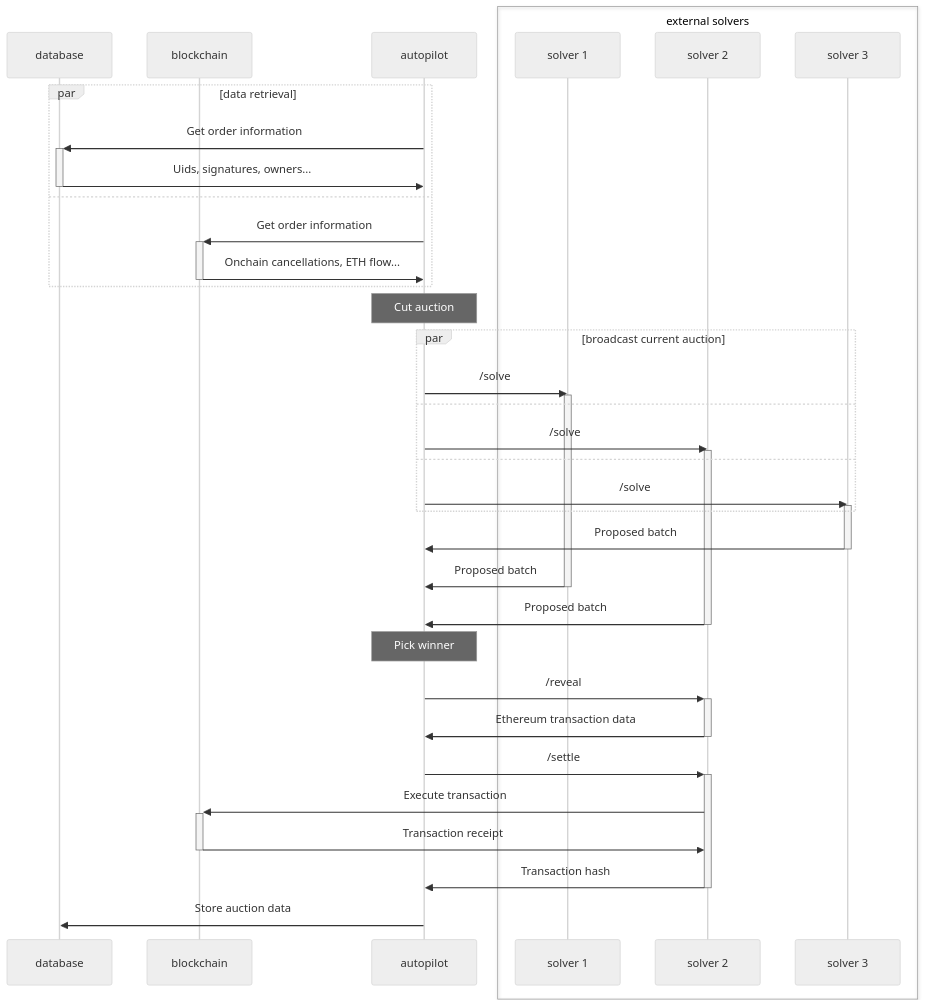
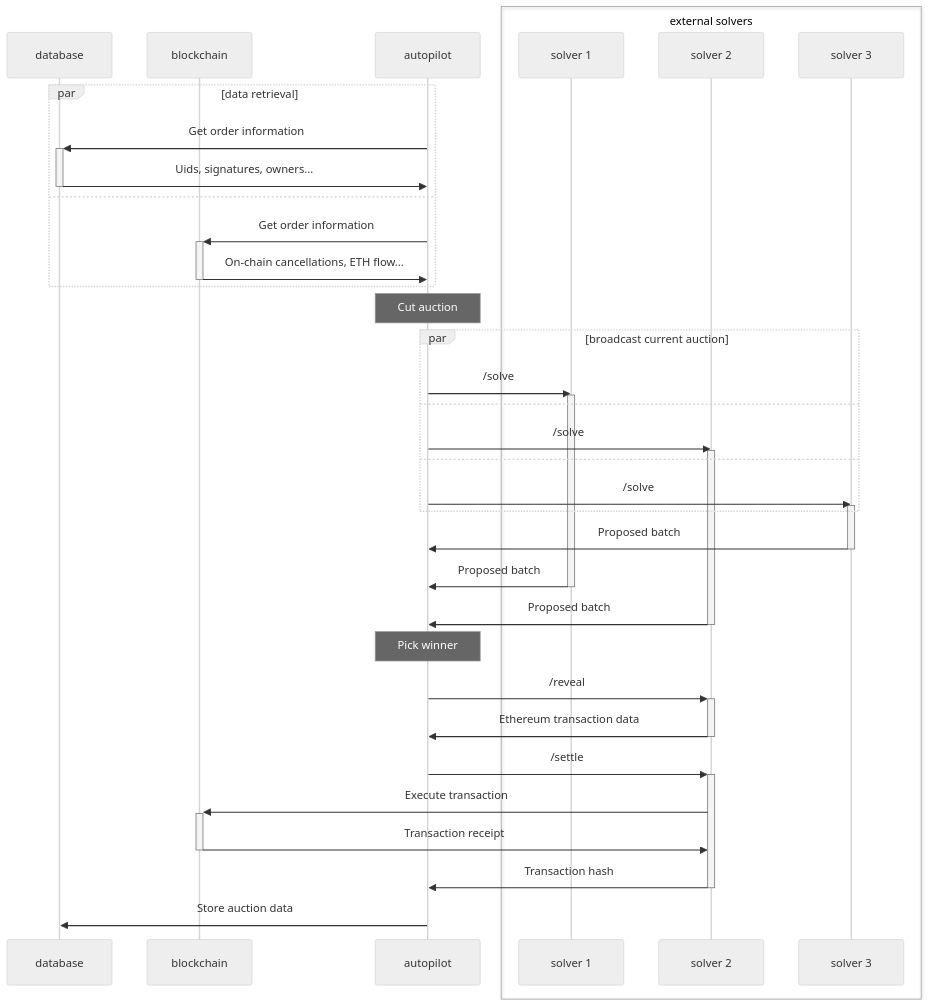
Before and after one commit to cowprotocol/docs: the diagram in docs/cow-protocol/tutorials/arbitrate/autopilot.md, drawn with Mermaid (neutral theme). The commit also changed other lines of this file and 2 other files, not shown here.

Commit message:
chore: off-chain and on-chain

````diff
--- a/docs/cow-protocol/tutorials/arbitrate/autopilot.md
+++ b/docs/cow-protocol/tutorials/arbitrate/autopilot.md
@@ -28,48 +28,48 @@
 ```mermaid
 sequenceDiagram
     participant database
     participant blockchain
     participant autopilot
     box external solvers
       participant solver 1
       participant solver 2
       participant solver 3
     end
 
     par data retrieval
       autopilot->>+database: Get order information
       database->>-autopilot: Uids, signatures, owners...
     and
       autopilot->>+blockchain: Get order information
-      blockchain->>-autopilot: Onchain cancellations, ETH flow...
+      blockchain->>-autopilot: On-chain cancellations, ETH flow...
     end
 
     # auction
     Note over autopilot: Cut auction
     par broadcast current auction
       autopilot->>solver 1: /solve
       activate solver 1
     and
       autopilot->>solver 2: /solve
       activate solver 2
     and
       autopilot->>solver 3: /solve
       activate solver 3
     end
     solver 3->>autopilot: Proposed batch
     deactivate solver 3
     solver 1->>autopilot: Proposed batch
     deactivate solver 1
     solver 2->>autopilot: Proposed batch
     deactivate solver 2
 
     Note over autopilot: Pick winner
     autopilot->>+solver 2: /reveal
     solver 2->>-autopilot: Ethereum transaction data
     autopilot->>+solver 2: /settle
     solver 2->>+blockchain: Execute transaction
     blockchain->>-solver 2: Transaction receipt
     solver 2->>-autopilot: Transaction hash
 
     autopilot->>database: Store auction data
 ```
````
